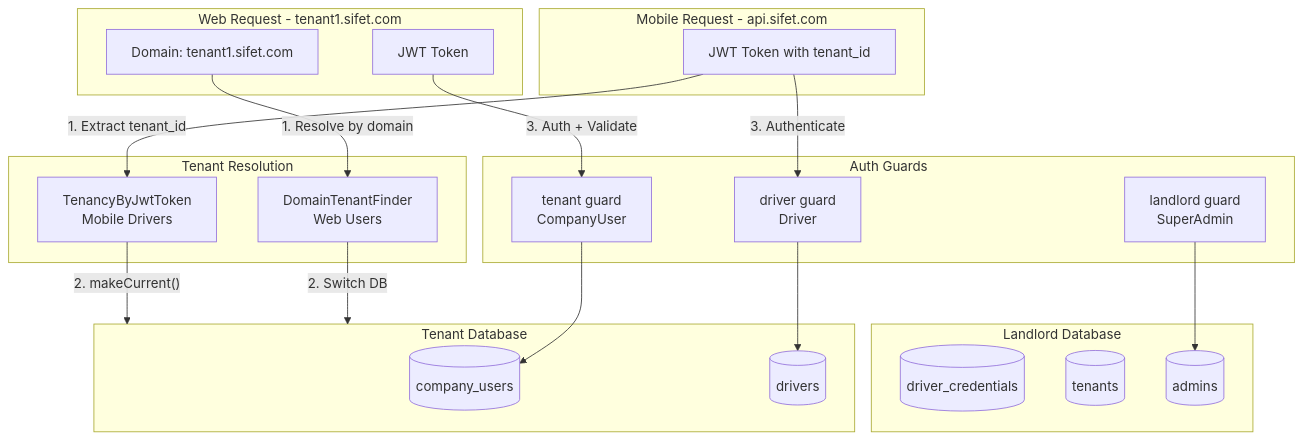
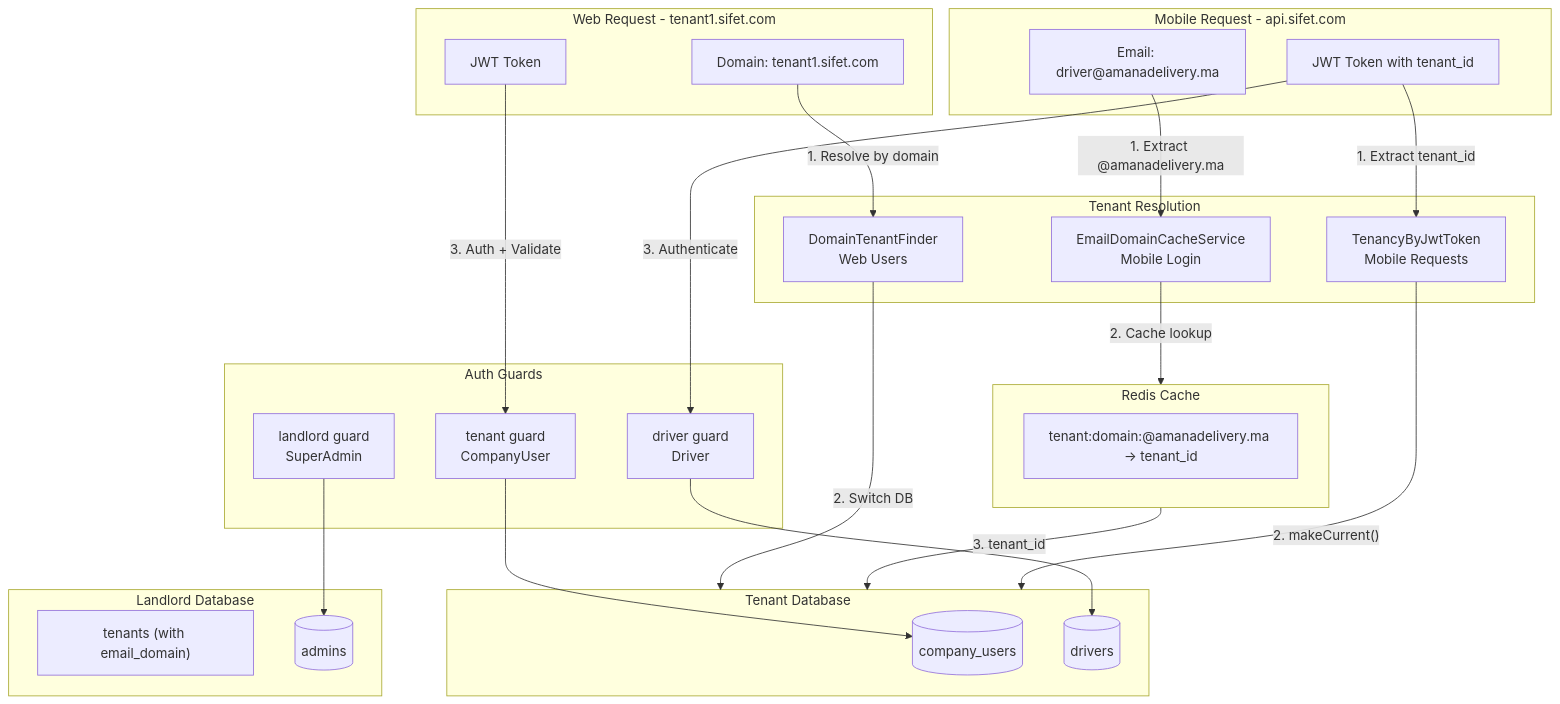
One commit to aouirachid/sifet-backend changed the first of 2 diagrams in plan/jwt_auth_guards_config.plan.md. Above: the diagram before and after it, drawn with Mermaid. The commit also changed other lines of this file, not shown here.

Commit message:
docs: replace driver_credentials with email domain mapping approach for multi-tenancy compliance

````diff
--- a/plan/jwt_auth_guards_config.plan.md
+++ b/plan/jwt_auth_guards_config.plan.md
@@ -144,45 +165,54 @@
 ```mermaid
 flowchart TB
     subgraph web_request [Web Request - tenant1.sifet.com]
         WebDomain[Domain: tenant1.sifet.com]
         WebJWT[JWT Token]
     end
     
     subgraph mobile_request [Mobile Request - api.sifet.com]
+        MobileEmail[Email: driver@amanadelivery.ma]
         MobileJWT[JWT Token with tenant_id]
     end
     
     subgraph landlord_db [Landlord Database]
-        DriverCredentials[(driver_credentials)]
-        Tenants[(tenants)]
+        Tenants["tenants (with email_domain)"]
         Admins[(admins)]
+    end
+    
+    subgraph redis_cache [Redis Cache]
+        DomainCache["tenant:domain:@amanadelivery.ma → tenant_id"]
     end
     
     subgraph tenant_resolution [Tenant Resolution]
         DomainTenantFinder[DomainTenantFinder<br/>Web Users]
-        TenancyByJwtToken[TenancyByJwtToken<br/>Mobile Drivers]
+        EmailDomainLookup[EmailDomainCacheService<br/>Mobile Login]
+        TenancyByJwtToken[TenancyByJwtToken<br/>Mobile Requests]
     end
     
     subgraph tenant_db [Tenant Database]
         CompanyUsers[(company_users)]
         Drivers[(drivers)]
     end
     
     subgraph guards [Auth Guards]
         LandlordGuard[landlord guard<br/>SuperAdmin]
         TenantGuard[tenant guard<br/>CompanyUser]
         DriverGuard[driver guard<br/>Driver]
     end
     
     WebDomain -->|"1. Resolve by domain"| DomainTenantFinder
     DomainTenantFinder -->|"2. Switch DB"| tenant_db
     WebJWT -->|"3. Auth + Validate"| TenantGuard
     TenantGuard --> CompanyUsers
     
+    MobileEmail -->|"1. Extract @amanadelivery.ma"| EmailDomainLookup
+    EmailDomainLookup -->|"2. Cache lookup"| redis_cache
+    redis_cache -->|"3. tenant_id"| tenant_db
+    
     MobileJWT -->|"1. Extract tenant_id"| TenancyByJwtToken
     TenancyByJwtToken -->|"2. makeCurrent()"| tenant_db
     MobileJWT -->|"3. Authenticate"| DriverGuard
     DriverGuard --> Drivers
     
     LandlordGuard --> Admins
 ```
````
